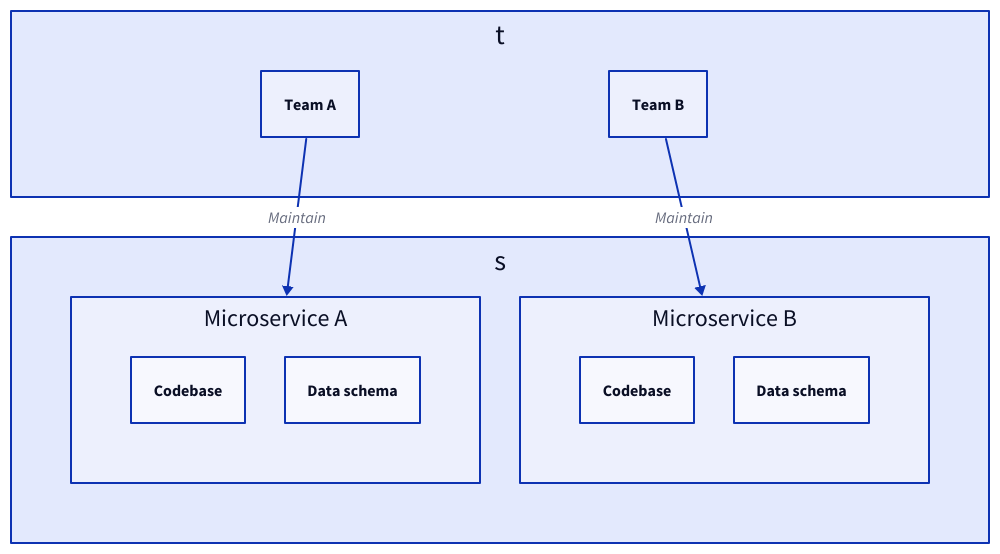
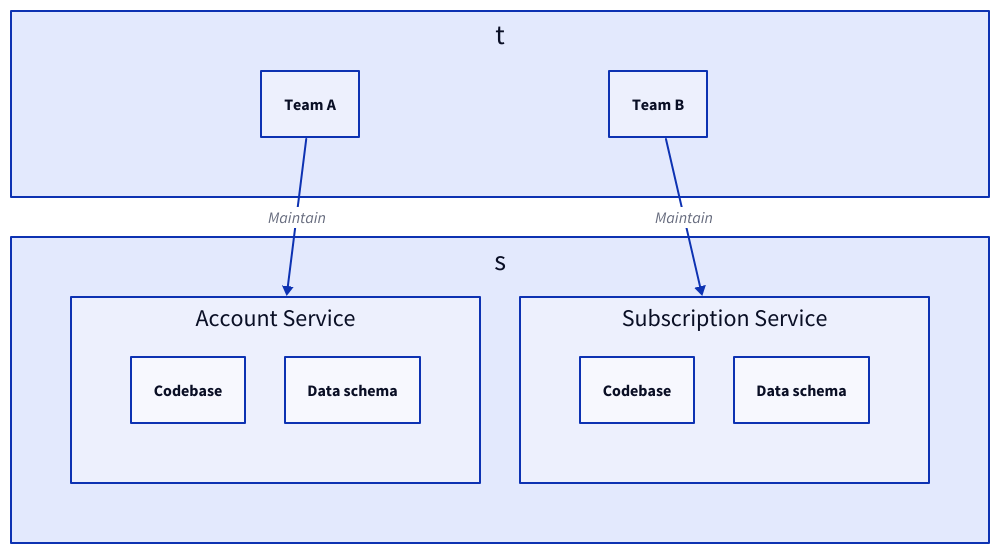
One commit to link1905/system-design-101 changed the fourth of 15 diagrams in content/web-service/microservice.md. Above: the diagram before and after it, drawn with D2. The commit also changed other lines of this file and 13 other files, not shown here.

````diff
--- a/content/web-service/microservice.md
+++ b/content/web-service/microservice.md
@@ -196,38 +174,38 @@
 ```d2
 grid-columns: 1
 t {
   grid-rows: 1
   horizontal-gap: 250
   class: none
   ta: Team A {
     class: group
   }
   tb: Team B {
     class: group
   }
 }
 s {
   grid-rows: 1
   class: none
-  sa: Microservice A {
+  sa: Account Service {
     grid-rows: 1
     c: Codebase {
       class: code
-    }  
+    }
     db: Data schema {
       class: db
     }
   }
-  sb: Microservice B {
+  sb: Subscription Service {
     grid-rows: 1
     c: Codebase {
       class: code
-    }  
+    }
     db: Data schema {
       class: db
     }
   }
 }
 t.ta -> s.sa: Maintain
 t.tb -> s.sb: Maintain
 ```
````
